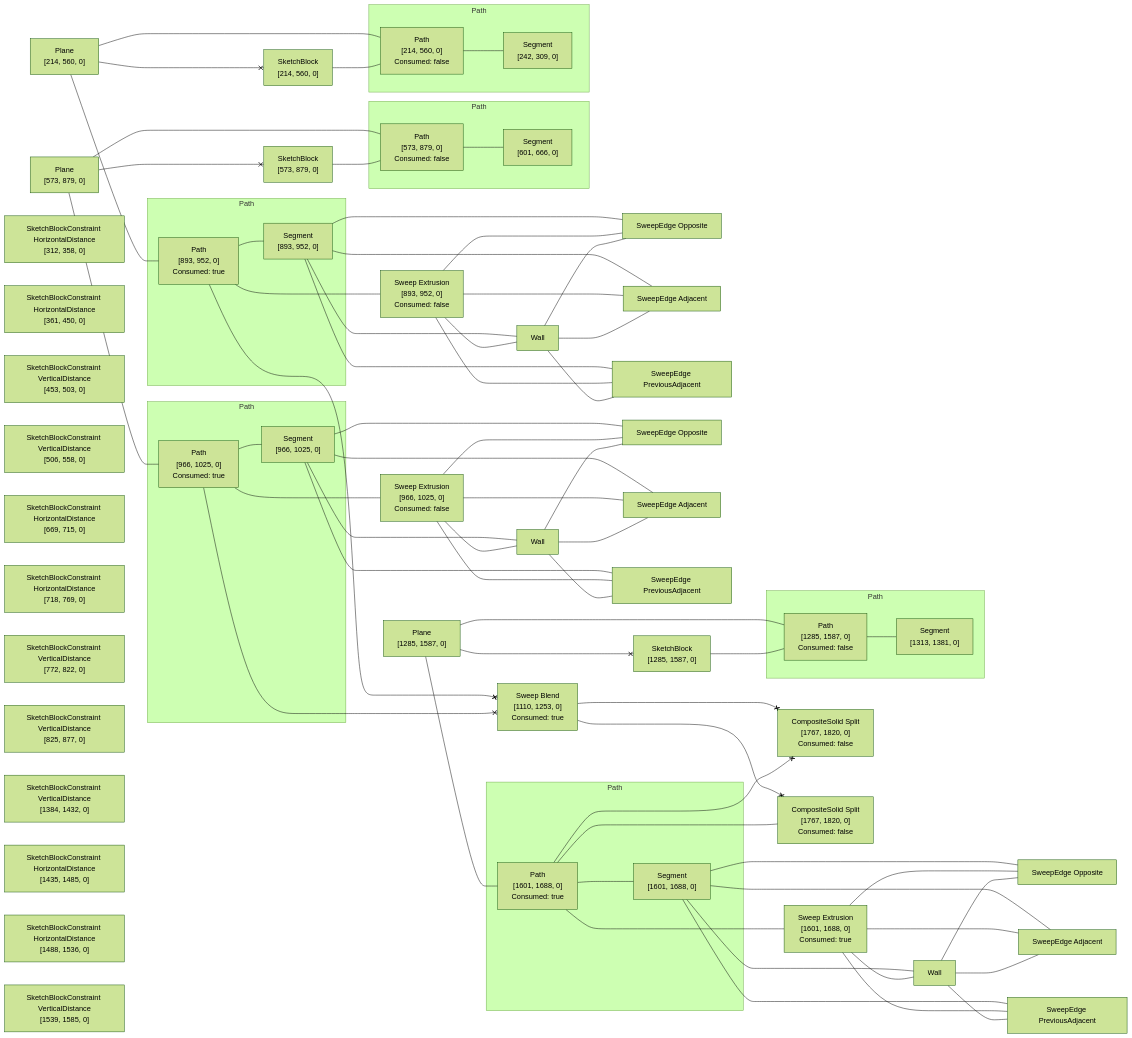
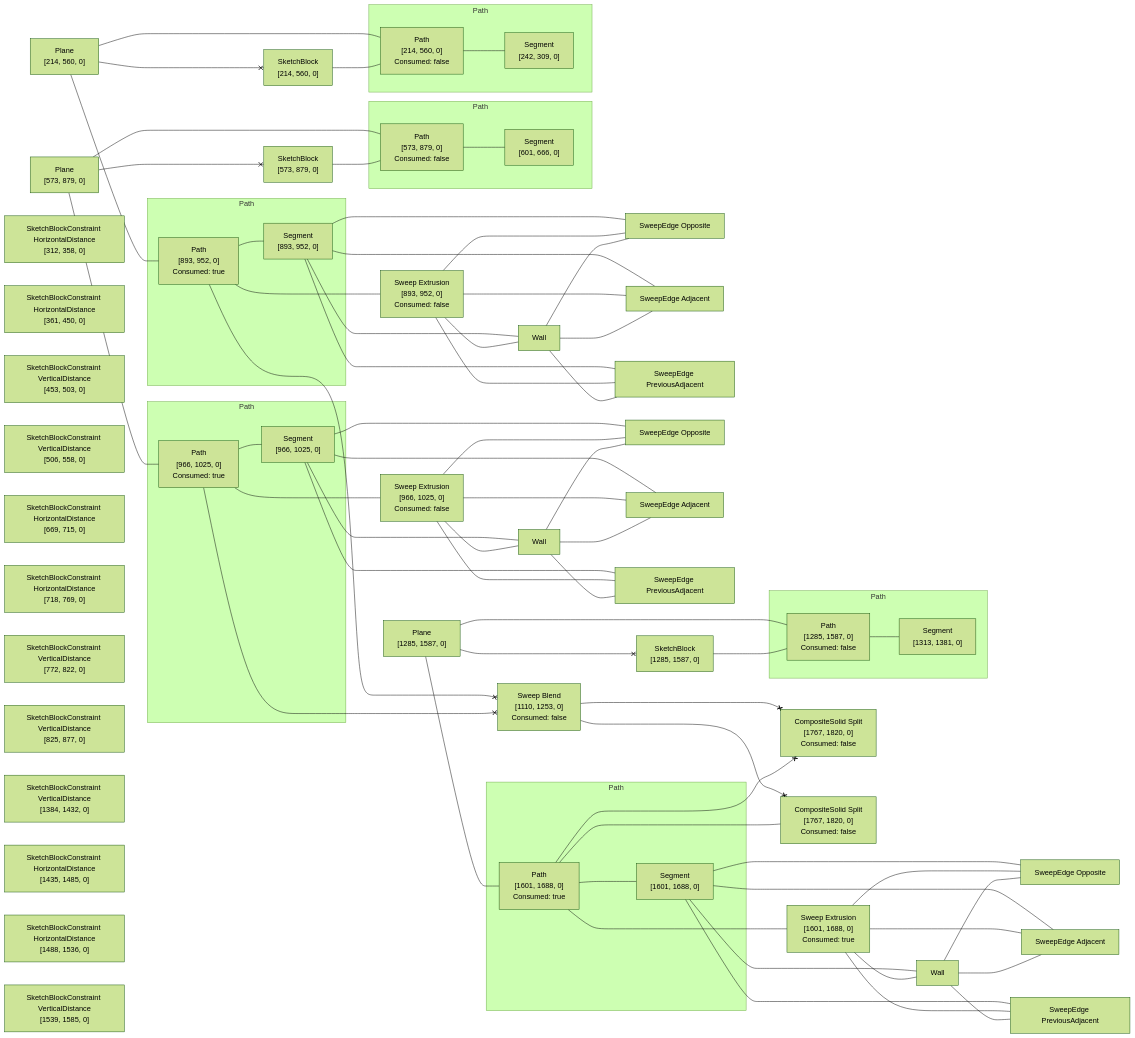
The diagram in rust/kcl-lib/tests/kcl_samples/blend-tutorial/artifact_graph_flowchart.snap.md (KittyCAD/modeling-app), drawn with Mermaid (forest theme) before and after one commit. The commit also changed 22 other files, not shown here.

```diff
--- a/rust/kcl-lib/tests/kcl_samples/blend-tutorial/artifact_graph_flowchart.snap.md
+++ b/rust/kcl-lib/tests/kcl_samples/blend-tutorial/artifact_graph_flowchart.snap.md
@@ -54,7 +54,7 @@
   18["SweepEdge Opposite"]
   19["SweepEdge Adjacent"]
   20["SweepEdge PreviousAdjacent"]
-  21["Sweep Blend<br>[1110, 1253, 0]<br>Consumed: true"]
+  21["Sweep Blend<br>[1110, 1253, 0]<br>Consumed: false"]
     %% [ProgramBodyItem { index: 7 }, VariableDeclarationDeclaration, VariableDeclarationInit]
   22["Plane<br>[1285, 1587, 0]"]
     %% [ProgramBodyItem { index: 8 }, VariableDeclarationDeclaration, VariableDeclarationInit]
```
